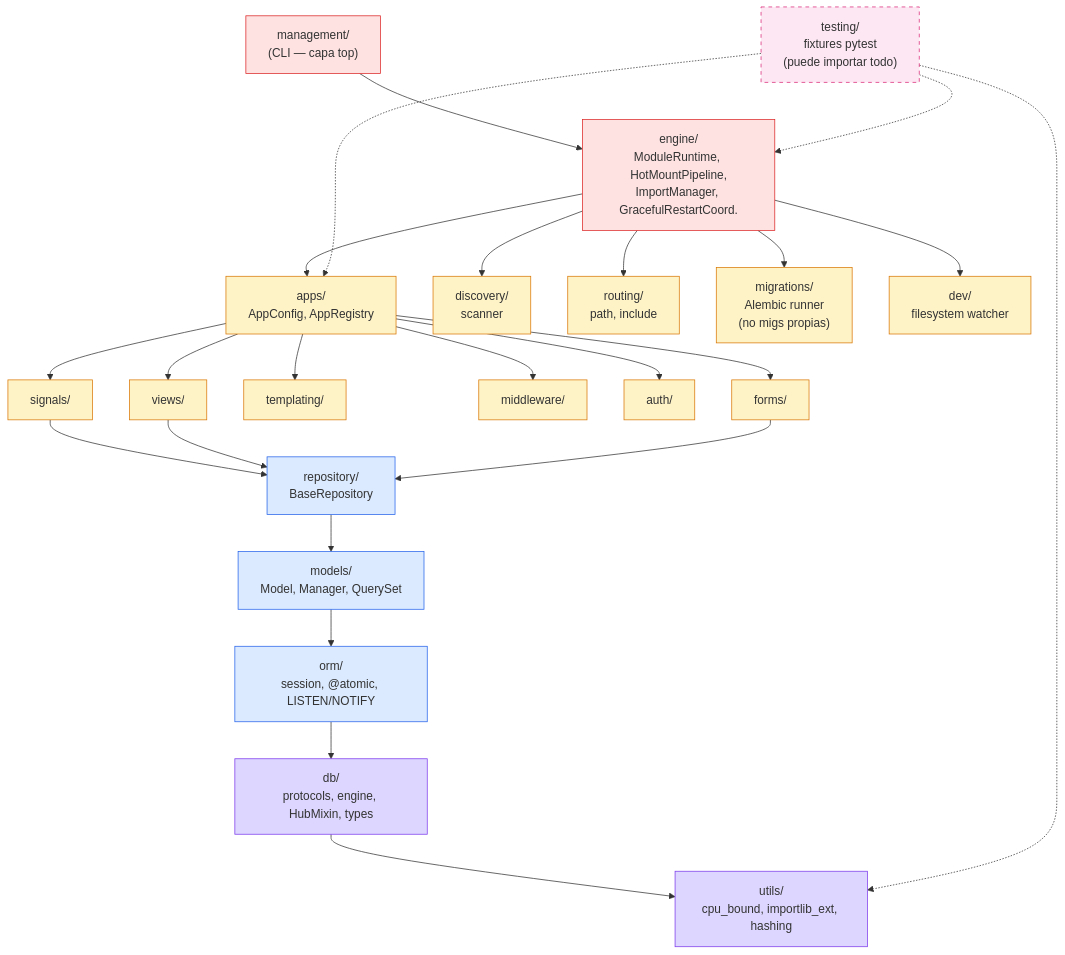
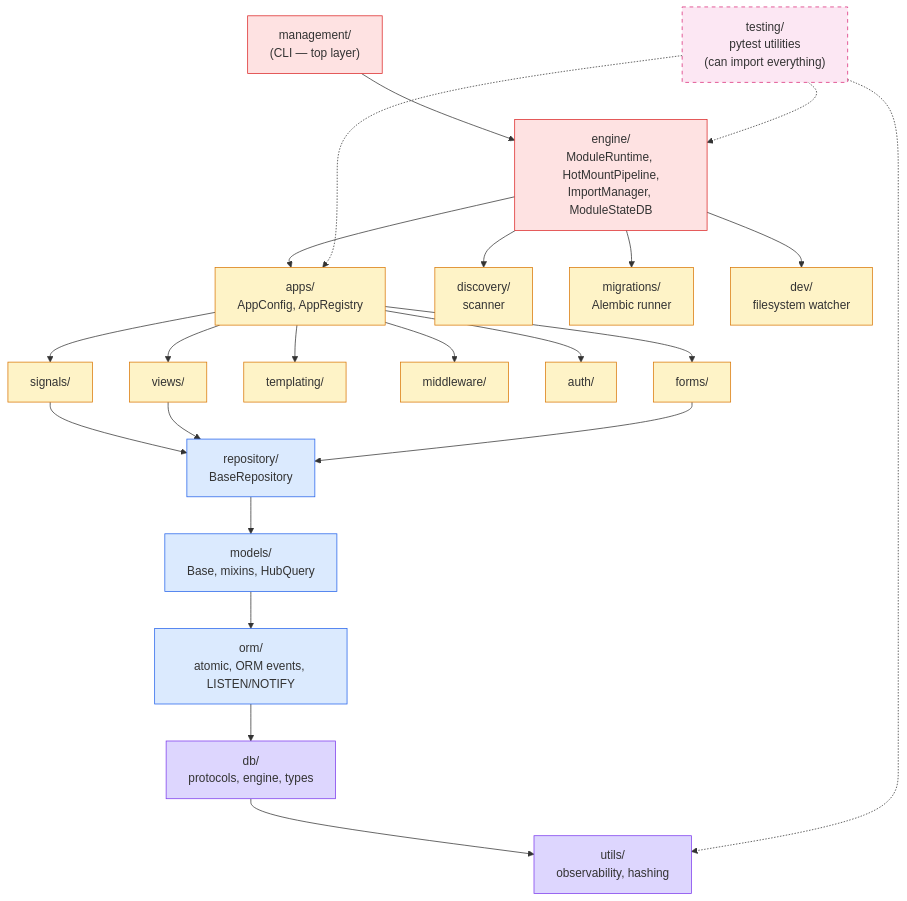
The first of 5 diagrams in docs/ARCHITECTURE.md (ERPlora/hotframe), drawn with Mermaid before and after one commit. The commit also changed other lines of this file and 25 other files, not shown here.

````diff
--- a/docs/ARCHITECTURE.md
+++ b/docs/ARCHITECTURE.md
@@ -279,65 +203,63 @@
 ```mermaid
 flowchart TB
-    MANAGEMENT["management/<br/>(CLI — capa top)"]
-    ENGINE["engine/<br/>ModuleRuntime, HotMountPipeline,<br/>ImportManager, GracefulRestartCoord."]
+    MANAGEMENT["management/<br/>(CLI — top layer)"]
+    ENGINE["engine/<br/>ModuleRuntime, HotMountPipeline,<br/>ImportManager, ModuleStateDB"]
 
     APPS_SUB["apps/<br/>AppConfig, AppRegistry"]
     DISCOVERY_SUB["discovery/<br/>scanner"]
-    ROUTING["routing/<br/>path, include"]
-    MIGRATIONS["migrations/<br/>Alembic runner<br/>(no migs propias)"]
+    MIGRATIONS["migrations/<br/>Alembic runner"]
     DEV["dev/<br/>filesystem watcher"]
 
     SIGNALS["signals/"]
     VIEWS["views/"]
     TEMPLATING["templating/"]
     MIDDLEWARE["middleware/"]
     AUTH["auth/"]
     FORMS["forms/"]
 
     REPOSITORY["repository/<br/>BaseRepository"]
-    MODELS["models/<br/>Model, Manager, QuerySet"]
-    ORM["orm/<br/>session, @atomic, LISTEN/NOTIFY"]
-    DB["db/<br/>protocols, engine, HubMixin, types"]
-    UTILS["utils/<br/>cpu_bound, importlib_ext, hashing"]
+    MODELS["models/<br/>Base, mixins, HubQuery"]
+    ORM["orm/<br/>atomic, ORM events, LISTEN/NOTIFY"]
+    DB["db/<br/>protocols, engine, types"]
+    UTILS["utils/<br/>observability, hashing"]
 
-    TESTING["testing/<br/>fixtures pytest<br/>(puede importar todo)"]
+    TESTING["testing/<br/>pytest utilities<br/>(can import everything)"]
 
     MANAGEMENT --> ENGINE
     ENGINE --> APPS_SUB
     ENGINE --> DISCOVERY_SUB
-    ENGINE --> ROUTING
     ENGINE --> MIGRATIONS
     ENGINE --> DEV
 
     APPS_SUB --> SIGNALS
     APPS_SUB --> VIEWS
     APPS_SUB --> TEMPLATING
     APPS_SUB --> MIDDLEWARE
     APPS_SUB --> AUTH
     APPS_SUB --> FORMS
 
     SIGNALS --> REPOSITORY
     VIEWS --> REPOSITORY
     FORMS --> REPOSITORY
 
     REPOSITORY --> MODELS
     MODELS --> ORM
     ORM --> DB
     DB --> UTILS
 
     TESTING -.-> UTILS
     TESTING -.-> ENGINE
     TESTING -.-> APPS_SUB
 
     classDef top fill:#fee2e2,stroke:#dc2626
     classDef mid fill:#fef3c7,stroke:#d97706
     classDef low fill:#dbeafe,stroke:#2563eb
     classDef base fill:#ddd6fe,stroke:#7c3aed
     classDef test fill:#fce7f3,stroke:#db2777,stroke-dasharray:5 5
 
     class MANAGEMENT,ENGINE top
-    class APPS_SUB,DISCOVERY_SUB,ROUTING,MIGRATIONS,DEV,SIGNALS,VIEWS,TEMPLATING,MIDDLEWARE,AUTH,FORMS mid
+    class APPS_SUB,DISCOVERY_SUB,MIGRATIONS,DEV,SIGNALS,VIEWS,TEMPLATING,MIDDLEWARE,AUTH,FORMS mid
     class REPOSITORY,MODELS,ORM low
     class DB,UTILS base
     class TESTING test
 ```
````
